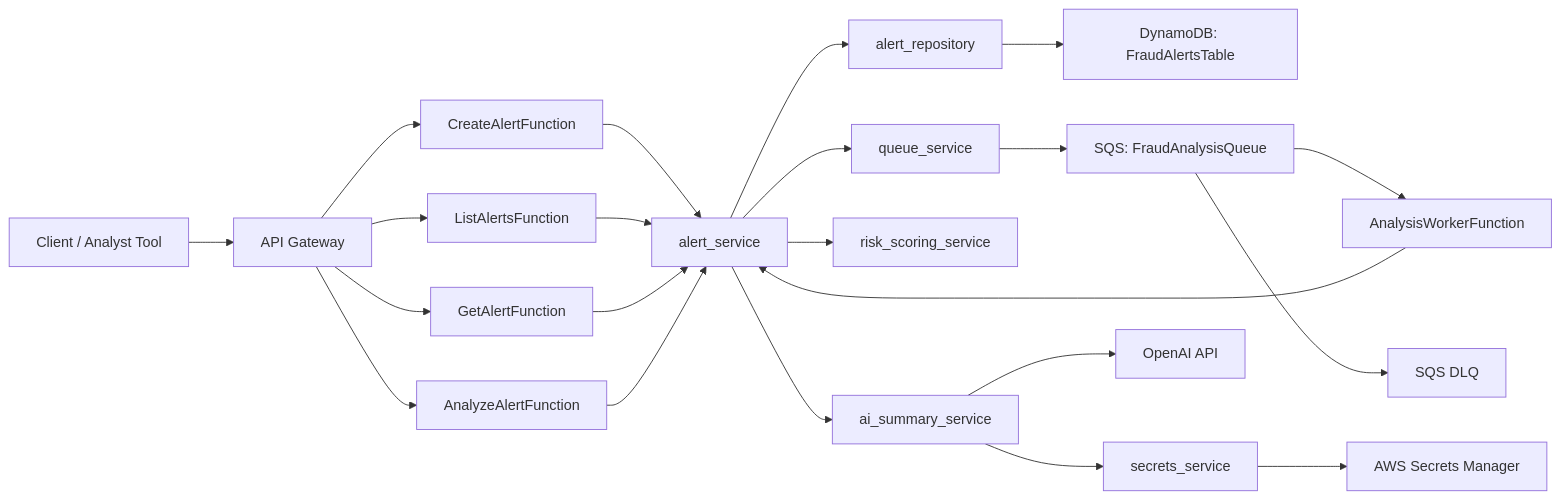
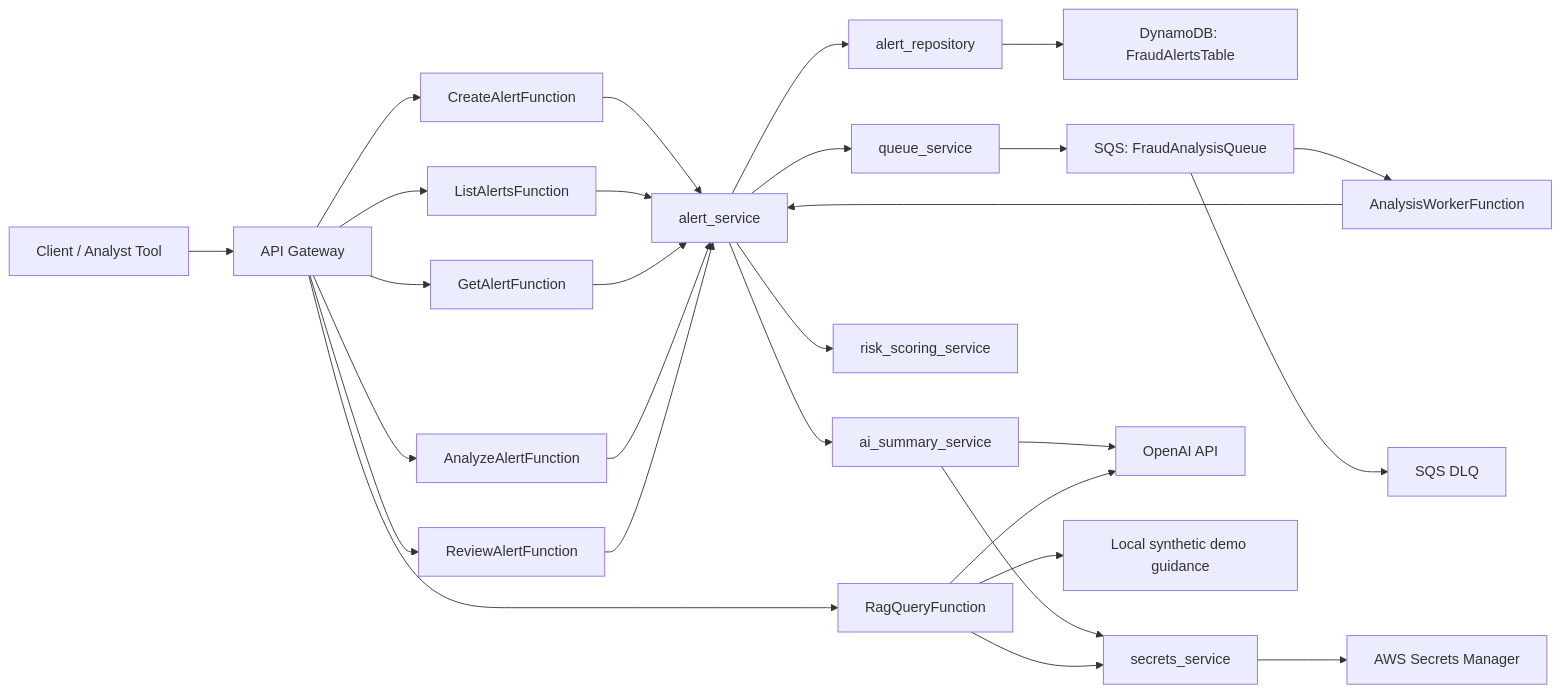
One commit to Po-Liang/ai-fraud-alert-triage-platform changed the diagram in docs/architecture.md. Above: the diagram before and after it, drawn with Mermaid. The commit also changed other lines of this file and 32 other files, not shown here.

````diff
--- a/docs/architecture.md
+++ b/docs/architecture.md
@@ -5,29 +5,36 @@
 ```mermaid
 flowchart LR
     Client["Client / Analyst Tool"] --> Api["API Gateway"]
     Api --> Create["CreateAlertFunction"]
     Api --> List["ListAlertsFunction"]
     Api --> Get["GetAlertFunction"]
     Api --> Requeue["AnalyzeAlertFunction"]
+    Api --> Review["ReviewAlertFunction"]
+    Api --> Rag["RagQueryFunction"]
 
     Create --> AlertService["alert_service"]
     List --> AlertService
     Get --> AlertService
     Requeue --> AlertService
+    Review --> AlertService
 
     AlertService --> Repo["alert_repository"]
     Repo --> DDB["DynamoDB: FraudAlertsTable"]
 
     AlertService --> QueueService["queue_service"]
     QueueService --> SQS["SQS: FraudAnalysisQueue"]
     SQS --> Worker["AnalysisWorkerFunction"]
     Worker --> AlertService
 
     AlertService --> Risk["risk_scoring_service"]
     AlertService --> Summary["ai_summary_service"]
     Summary --> Secrets["secrets_service"]
     Secrets --> SM["AWS Secrets Manager"]
     Summary --> OpenAI["OpenAI API"]
 
+    Rag --> LocalGuidance["Local synthetic demo guidance"]
+    Rag --> Secrets
+    Rag --> OpenAI
+
     SQS --> DLQ["SQS DLQ"]
 ```
````
